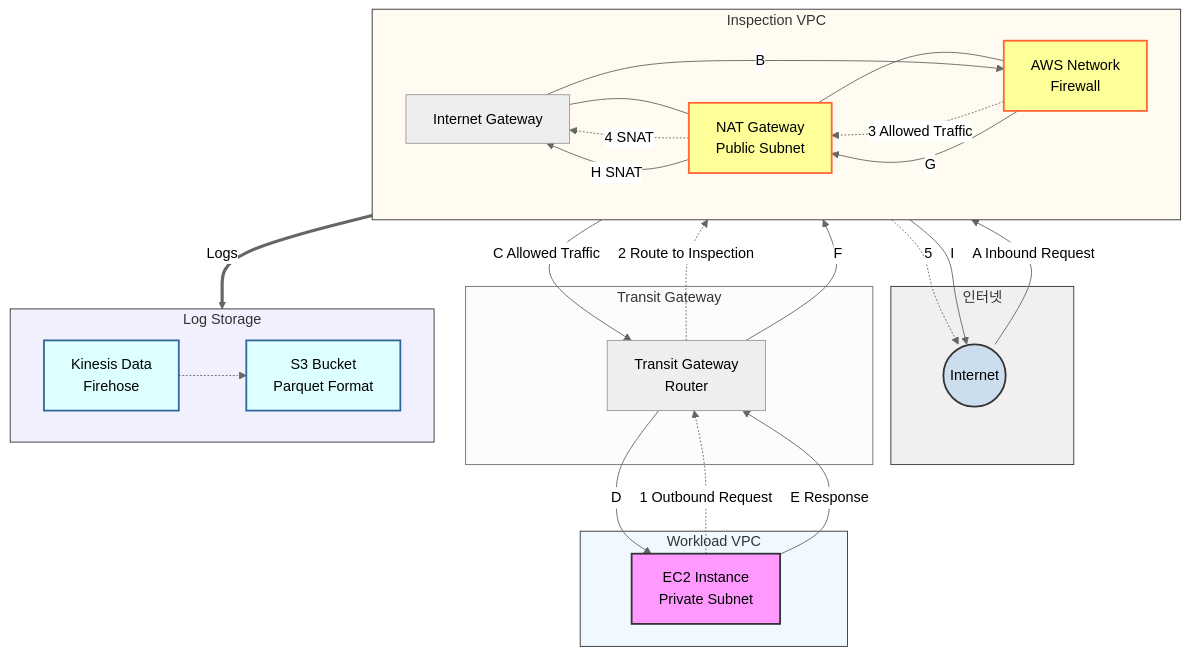
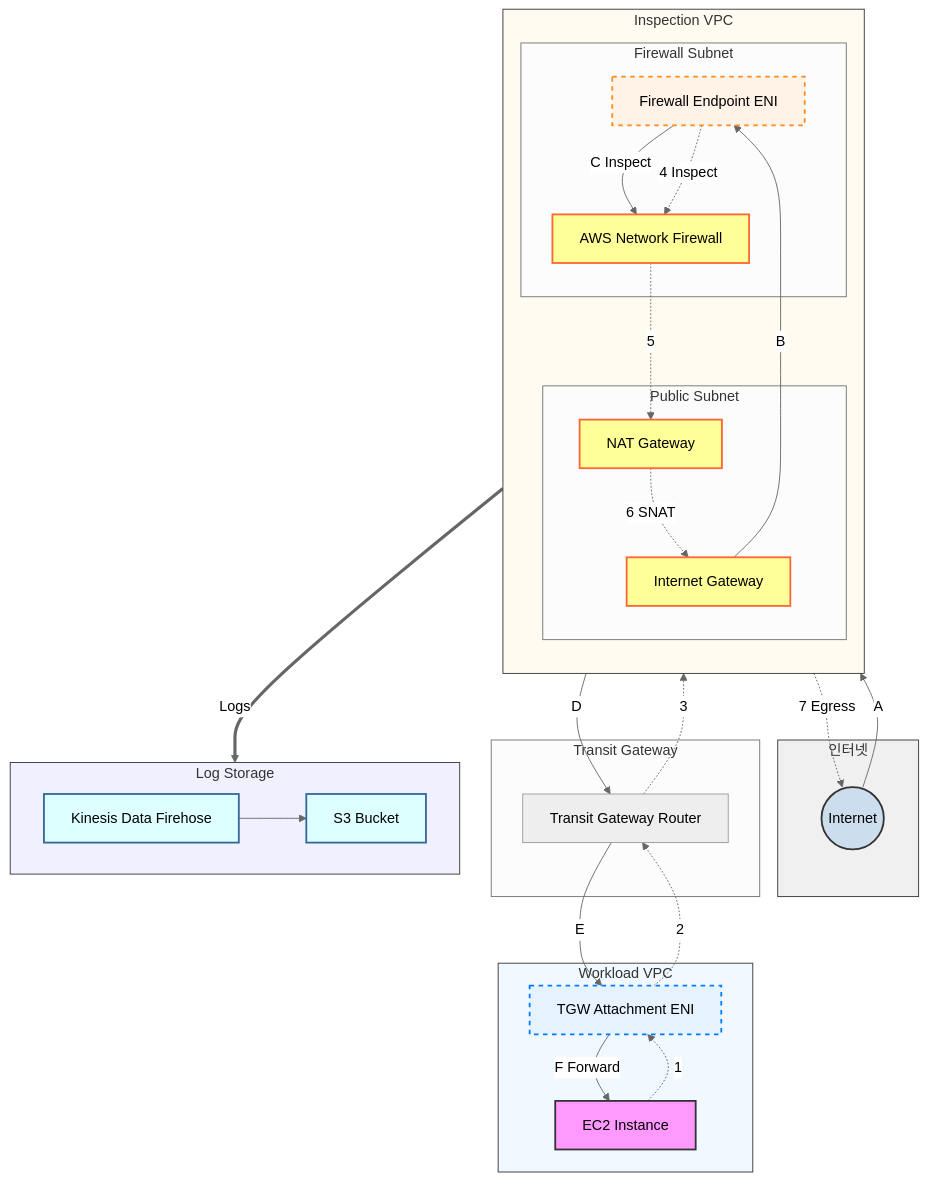
One commit to kk0m4k/kk0m4k.github.io changed the diagram in _posts/2025-08-25-aws-network-firewall-guide.md. Above: the diagram before and after it, drawn with Mermaid (neutral theme). The commit also changed other lines of this file, not shown here.

````diff
--- a/_posts/2025-08-25-aws-network-firewall-guide.md
+++ b/_posts/2025-08-25-aws-network-firewall-guide.md
@@ -34,64 +34,80 @@
 ```mermaid
 flowchart TB
+    %% 1. Node Definitions (Simplified Text)
+    Web((Internet))
+    IGW[Internet Gateway]
+    NAT[NAT Gateway]
+    NFW_ENI[Firewall Endpoint ENI]
+    NFW[AWS Network Firewall]
+    TGW[Transit Gateway Router]
+    TGW_ENI[TGW Attachment ENI]
+    EC2[EC2 Instance]
+    Firehose[Kinesis Data Firehose]
+    S3[S3 Bucket]
+
+    %% 2. Subgraph Grouping
     subgraph INTERNET[인터넷]
-        Web((Internet))
+        Web
     end
     
     subgraph INSPECTION[Inspection VPC]
-        direction LR
-        IGW[Internet Gateway]
-        NAT[NAT Gateway<br/>Public Subnet]
-        NFW[AWS Network<br/>Firewall]
-        IGW --- NAT
-        NAT --- NFW
+        direction TB
+        subgraph Public Subnet
+            IGW
+            NAT
+        end
+        subgraph Firewall Subnet
+            NFW_ENI
+            NFW
+        end
     end
     
     subgraph TRANSIT[Transit Gateway]
-        TGW[Transit Gateway<br/>Router]
+        TGW
     end
     
     subgraph WORKLOAD[Workload VPC]
-        EC2[EC2 Instance<br/>Private Subnet]
+        TGW_ENI
+        EC2
     end
     
     subgraph LOGGING[Log Storage]
         direction LR
-        Firehose[Kinesis Data<br/>Firehose]
-        S3[S3 Bucket<br/>Parquet Format]
-        Firehose -.-> S3
+        Firehose
+        S3
     end
+
+    %% 3. Connections
+    Web -- "A" --> IGW
+    IGW -- "B" --> NFW_ENI
+    NFW_ENI -- "C Inspect" --> NFW
+    NFW -- "D" --> TGW
+    TGW -- "E" --> TGW_ENI
+    TGW_ENI -- "F Forward" --> EC2
+
+    EC2 -.->|1| TGW_ENI
+    TGW_ENI -.->|2| TGW
+    TGW -.->|3| NFW_ENI
+    NFW_ENI -.->|4 Inspect| NFW
+    NFW -.->|5| NAT
+    NAT -.->|6 SNAT| IGW
+    IGW -.->|7 Egress| Web
     
-    %% Outbound Traffic
-    EC2 -.->|1 Outbound Request| TGW
-    TGW -.->|2 Route to Inspection| NFW
-    NFW -.->|3 Allowed Traffic| NAT
-    NAT -.->|4 SNAT| IGW
-    IGW -.->|5| Web
-    
-    %% Inbound Traffic  
-    Web -->|A Inbound Request| IGW
-    IGW -->|B| NFW
-    NFW -->|C Allowed Traffic| TGW
-    TGW -->|D| EC2
-    
-    %% Response Traffic
-    EC2 -->|E Response| TGW
-    TGW -->|F| NFW
-    NFW -->|G| NAT
-    NAT -->|H SNAT| IGW
-    IGW -->|I| Web
-    
-    %% Logging
     NFW ==>|Logs| Firehose
+    Firehose --> S3
 
+    %% 4. Styling
     style EC2 fill:#f9f,stroke:#333,stroke-width:2px
     style Web fill:#cde,stroke:#333,stroke-width:2px
     style NFW fill:#ff9,stroke:#f63,stroke-width:2px
     style NAT fill:#ff9,stroke:#f63,stroke-width:2px
+    style IGW fill:#ff9,stroke:#f63,stroke-width:2px
     style S3 fill:#dff,stroke:#369,stroke-width:2px
     style Firehose fill:#dff,stroke:#369,stroke-width:2px
+    style TGW_ENI fill:#e6f3ff,stroke:#007bff,stroke-width:2px,stroke-dasharray: 5 5
+    style NFW_ENI fill:#fff2e6,stroke:#ff8c1a,stroke-width:2px,stroke-dasharray: 5 5
     style WORKLOAD fill:#f0f9ff,stroke:#333,stroke-width:1px
     style INSPECTION fill:#fffbf0,stroke:#333,stroke-width:1px
     style LOGGING fill:#f0f0ff,stroke:#333,stroke-width:1px
     style INTERNET fill:#f0f0f0,stroke:#333,stroke-width:1px
 ```
````
